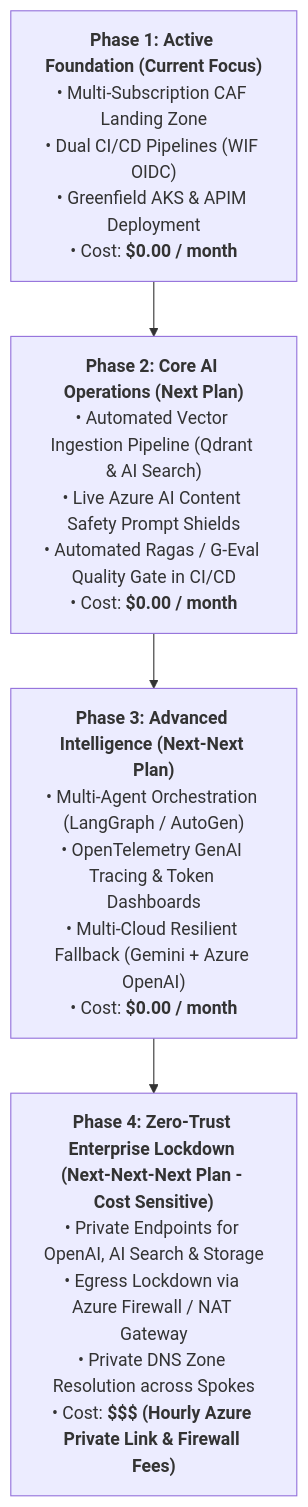
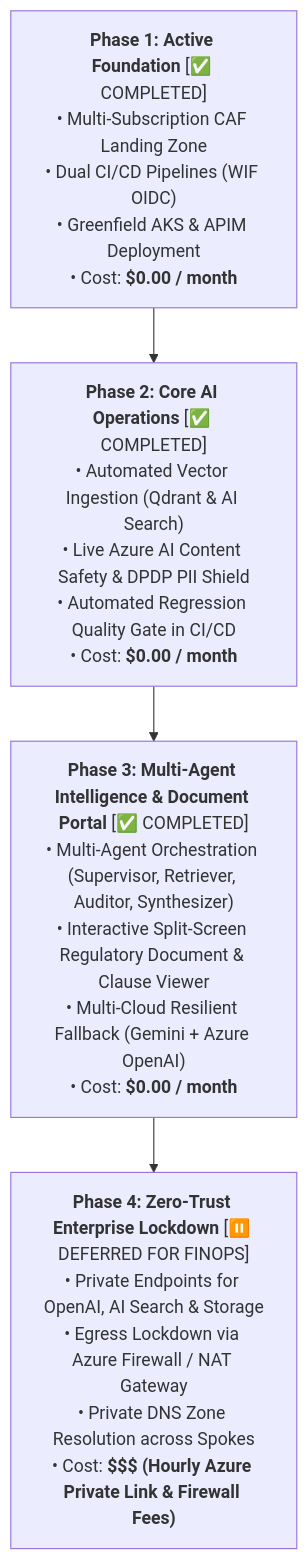
Before and after one commit to RepoCodeGanesh/terraform-azure-iac: the diagram in docs/platform-guide/10-enterprise-ai-engineering-backlog-and-roadmap.md, drawn with Mermaid. The commit also changed other lines of this file and 10 other files, not shown here.

Commit message:
feat: implement bank compliance backend API, PDF ingestion service, and frontend document viewer interface

````diff
--- a/docs/platform-guide/10-enterprise-ai-engineering-backlog-and-roadmap.md
+++ b/docs/platform-guide/10-enterprise-ai-engineering-backlog-and-roadmap.md
@@ -14,12 +14,12 @@
 ```mermaid
 graph TD
-    P1["<b>Phase 1: Active Foundation (Current Focus)</b><br>• Multi-Subscription CAF Landing Zone<br>• Dual CI/CD Pipelines (WIF OIDC)<br>• Greenfield AKS & APIM Deployment<br>• Cost: <b>$0.00 / month</b>"]
+    P1["<b>Phase 1: Active Foundation</b> [✅ COMPLETED]<br>• Multi-Subscription CAF Landing Zone<br>• Dual CI/CD Pipelines (WIF OIDC)<br>• Greenfield AKS & APIM Deployment<br>• Cost: <b>$0.00 / month</b>"]
     
-    P2["<b>Phase 2: Core AI Operations (Next Plan)</b><br>• Automated Vector Ingestion Pipeline (Qdrant & AI Search)<br>• Live Azure AI Content Safety Prompt Shields<br>• Automated Ragas / G-Eval Quality Gate in CI/CD<br>• Cost: <b>$0.00 / month</b>"]
+    P2["<b>Phase 2: Core AI Operations</b> [✅ COMPLETED]<br>• Automated Vector Ingestion (Qdrant & AI Search)<br>• Live Azure AI Content Safety & DPDP PII Shield<br>• Automated Regression Quality Gate in CI/CD<br>• Cost: <b>$0.00 / month</b>"]
     
-    P3["<b>Phase 3: Advanced Intelligence (Next-Next Plan)</b><br>• Multi-Agent Orchestration (LangGraph / AutoGen)<br>• OpenTelemetry GenAI Tracing & Token Dashboards<br>• Multi-Cloud Resilient Fallback (Gemini + Azure OpenAI)<br>• Cost: <b>$0.00 / month</b>"]
+    P3["<b>Phase 3: Multi-Agent Intelligence & Document Portal</b> [✅ COMPLETED]<br>• Multi-Agent Orchestration (Supervisor, Retriever, Auditor, Synthesizer)<br>• Interactive Split-Screen Regulatory Document & Clause Viewer<br>• Multi-Cloud Resilient Fallback (Gemini + Azure OpenAI)<br>• Cost: <b>$0.00 / month</b>"]
     
-    P4["<b>Phase 4: Zero-Trust Enterprise Lockdown (Next-Next-Next Plan - Cost Sensitive)</b><br>• Private Endpoints for OpenAI, AI Search & Storage<br>• Egress Lockdown via Azure Firewall / NAT Gateway<br>• Private DNS Zone Resolution across Spokes<br>• Cost: <b>$$$ (Hourly Azure Private Link & Firewall Fees)</b>"]
+    P4["<b>Phase 4: Zero-Trust Enterprise Lockdown</b> [⏸️ DEFERRED FOR FINOPS]<br>• Private Endpoints for OpenAI, AI Search & Storage<br>• Egress Lockdown via Azure Firewall / NAT Gateway<br>• Private DNS Zone Resolution across Spokes<br>• Cost: <b>$$$ (Hourly Azure Private Link & Firewall Fees)</b>"]
 
     P1 --> P2 --> P3 --> P4
 ```
````
